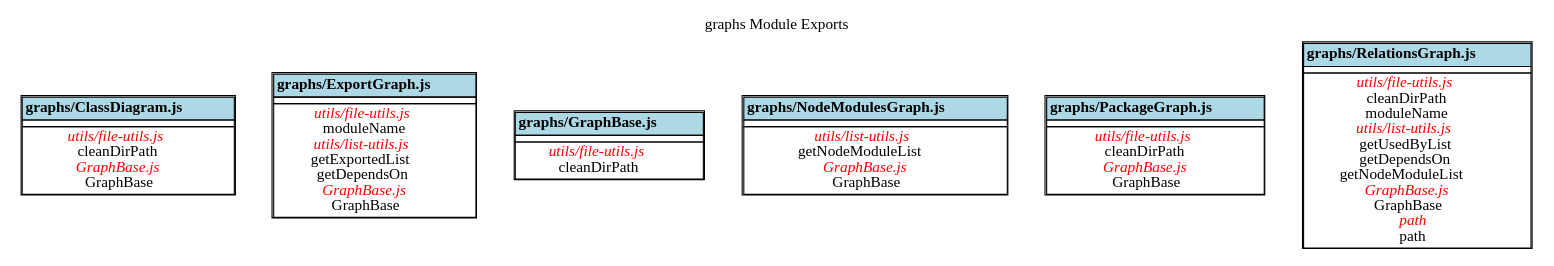
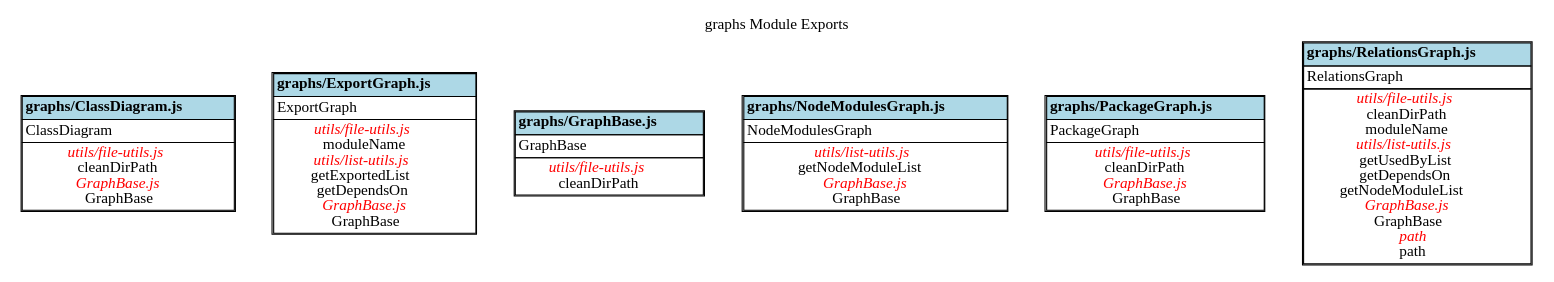
The diagram in docs/graphs/ExportGraph.dot (fleebe/dep-graph), drawn with Graphviz before and after one commit. The commit also changed 38 other files, not shown here.

```diff
--- a/docs/graphs/ExportGraph.dot
+++ b/docs/graphs/ExportGraph.dot
@@ -1,83 +1,89 @@
 digraph {label="graphs Module Exports";
 labelloc="t";
 "graphs/ClassDiagram.js" [shape=none, label=<<TABLE cellspacing="0" cellborder="1">
 <TR><TD bgcolor="lightblue" align="center"><B>graphs/ClassDiagram.js</B></TD></TR>
 <TR><TD align="left">
+ClassDiagram<BR/>
 </TD></TR>
 <TR><TD align="center">
 <font color="red"><I>utils/file-utils.js</I></font><BR/>
 cleanDirPath<BR/>
 <font color="red"><I>GraphBase.js</I></font><BR/>
 GraphBase<BR/>
 </TD></TR>
 </TABLE>>];
 
 "graphs/ExportGraph.js" [shape=none, label=<<TABLE cellspacing="0" cellborder="1">
 <TR><TD bgcolor="lightblue" align="center"><B>graphs/ExportGraph.js</B></TD></TR>
 <TR><TD align="left">
+ExportGraph<BR/>
 </TD></TR>
 <TR><TD align="center">
 <font color="red"><I>utils/file-utils.js</I></font><BR/>
 moduleName<BR/>
 <font color="red"><I>utils/list-utils.js</I></font><BR/>
 getExportedList<BR/>
 getDependsOn<BR/>
 <font color="red"><I>GraphBase.js</I></font><BR/>
 GraphBase<BR/>
 </TD></TR>
 </TABLE>>];
 
 "graphs/GraphBase.js" [shape=none, label=<<TABLE cellspacing="0" cellborder="1">
 <TR><TD bgcolor="lightblue" align="center"><B>graphs/GraphBase.js</B></TD></TR>
 <TR><TD align="left">
+GraphBase<BR/>
 </TD></TR>
 <TR><TD align="center">
 <font color="red"><I>utils/file-utils.js</I></font><BR/>
 cleanDirPath<BR/>
 </TD></TR>
 </TABLE>>];
 
 "graphs/NodeModulesGraph.js" [shape=none, label=<<TABLE cellspacing="0" cellborder="1">
 <TR><TD bgcolor="lightblue" align="center"><B>graphs/NodeModulesGraph.js</B></TD></TR>
 <TR><TD align="left">
+NodeModulesGraph<BR/>
 </TD></TR>
 <TR><TD align="center">
 <font color="red"><I>utils/list-utils.js</I></font><BR/>
 getNodeModuleList<BR/>
 <font color="red"><I>GraphBase.js</I></font><BR/>
 GraphBase<BR/>
 </TD></TR>
 </TABLE>>];
 
 "graphs/PackageGraph.js" [shape=none, label=<<TABLE cellspacing="0" cellborder="1">
 <TR><TD bgcolor="lightblue" align="center"><B>graphs/PackageGraph.js</B></TD></TR>
 <TR><TD align="left">
+PackageGraph<BR/>
 </TD></TR>
 <TR><TD align="center">
 <font color="red"><I>utils/file-utils.js</I></font><BR/>
 cleanDirPath<BR/>
 <font color="red"><I>GraphBase.js</I></font><BR/>
 GraphBase<BR/>
 </TD></TR>
 </TABLE>>];
 
 "graphs/RelationsGraph.js" [shape=none, label=<<TABLE cellspacing="0" cellborder="1">
 <TR><TD bgcolor="lightblue" align="center"><B>graphs/RelationsGraph.js</B></TD></TR>
 <TR><TD align="left">
+RelationsGraph<BR/>
 </TD></TR>
 <TR><TD align="center">
 <font color="red"><I>utils/file-utils.js</I></font><BR/>
 cleanDirPath<BR/>
 moduleName<BR/>
 <font color="red"><I>utils/list-utils.js</I></font><BR/>
 getUsedByList<BR/>
 getDependsOn<BR/>
 getNodeModuleList<BR/>
 <font color="red"><I>GraphBase.js</I></font><BR/>
 GraphBase<BR/>
 <font color="red"><I>path</I></font><BR/>
 path<BR/>
 </TD></TR>
 </TABLE>>];
 
 }
```
